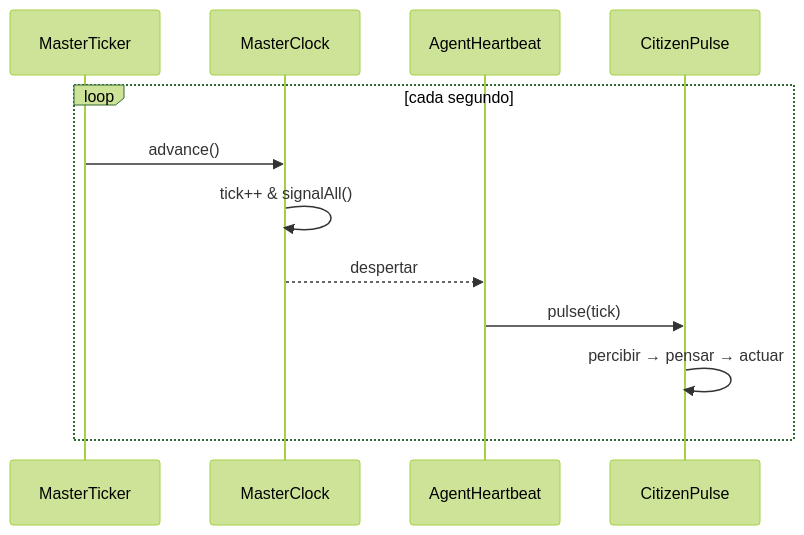
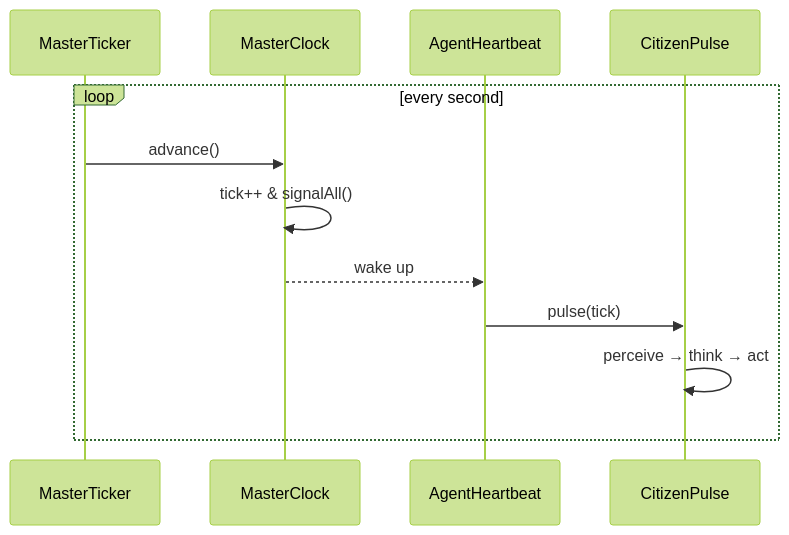
Before and after one commit to alexpicode/caosmos: the fourth of 5 diagrams in docs/ARCHITECTURE.md, drawn with Mermaid (forest theme). The commit also changed other lines of this file and 3 other files, not shown here.

````diff
--- a/docs/ARCHITECTURE.md
+++ b/docs/ARCHITECTURE.md
@@ -243,15 +345,15 @@
 ```mermaid
 sequenceDiagram
     participant MT as MasterTicker
     participant MC as MasterClock
     participant HB as AgentHeartbeat
     participant P as CitizenPulse
 
-    loop cada segundo
+    loop every second
         MT ->> MC: advance()
         MC ->> MC: tick++ & signalAll()
-        MC -->> HB: despertar
+        MC -->> HB: wake up
         HB ->> P: pulse(tick)
-        P ->> P: percibir → pensar → actuar
+        P ->> P: perceive → think → act
     end
 ```
````
